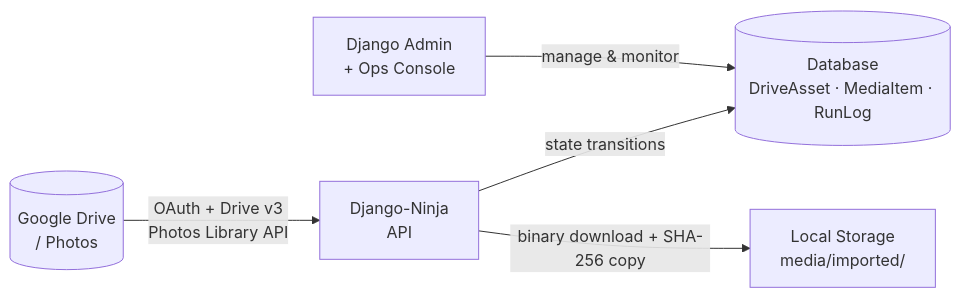
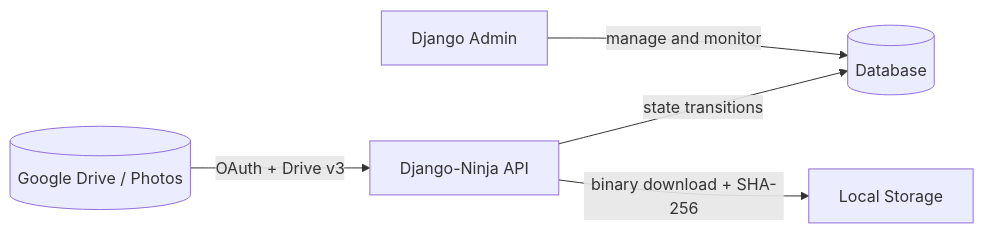
The first of 4 diagrams in shared_context.md (devadalberto/backdeezup), drawn with Mermaid before and after one commit. The commit also changed other lines of this file and 6 other files, not shown here.

First line of the commit message:
chore: release v0.4.0 - CI workflow, Playwright, fixed diagrams and Pages

````diff
--- a/shared_context.md
+++ b/shared_context.md
@@ -22,13 +22,13 @@
 ```mermaid
 flowchart LR
-    GD[(Google Drive\n/ Photos)]
-    API[Django-Ninja\nAPI]
-    DB[(Database\nDriveAsset · MediaItem · RunLog)]
-    FS[Local Storage\nmedia/imported/]
-    AD[Django Admin\n+ Ops Console]
+    GD[(Google Drive / Photos)]
+    API[Django-Ninja API]
+    DB[(Database)]
+    FS[Local Storage]
+    AD[Django Admin]
 
-    GD -->|OAuth + Drive v3\nPhotos Library API| API
+    GD -->|OAuth + Drive v3| API
     API -->|state transitions| DB
-    API -->|binary download + SHA-256 copy| FS
-    AD -->|manage & monitor| DB
+    API -->|binary download + SHA-256| FS
+    AD -->|manage and monitor| DB
 ```
````
